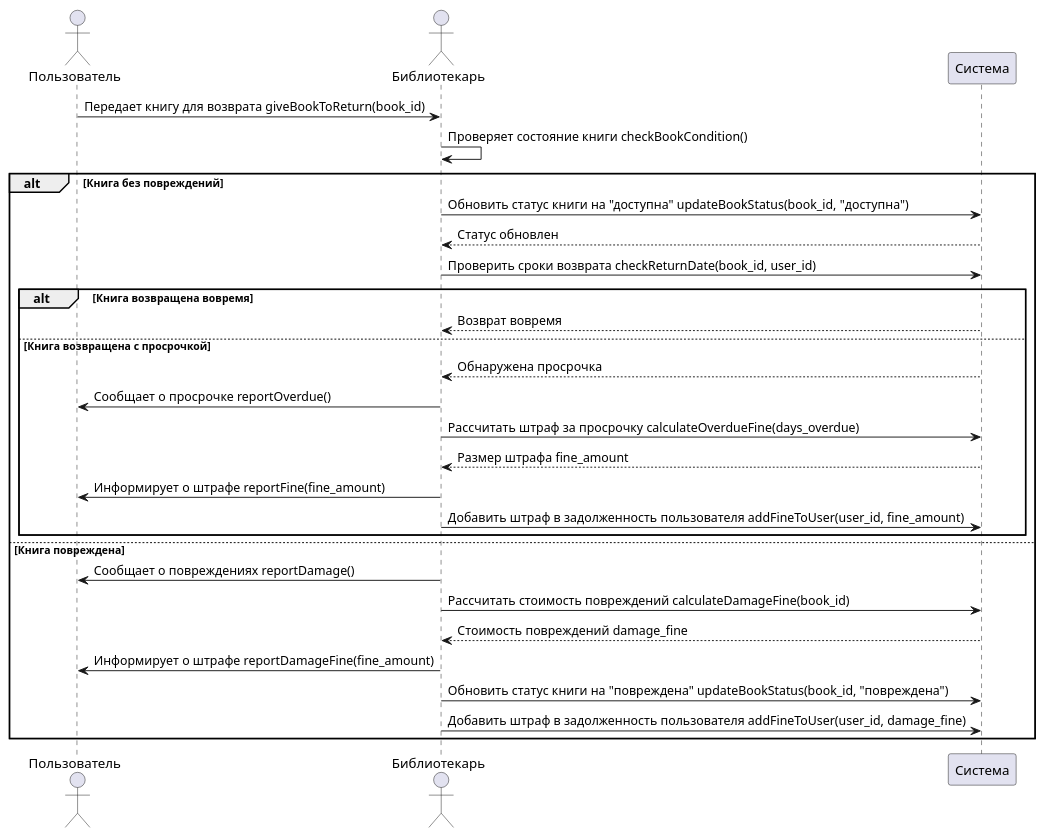
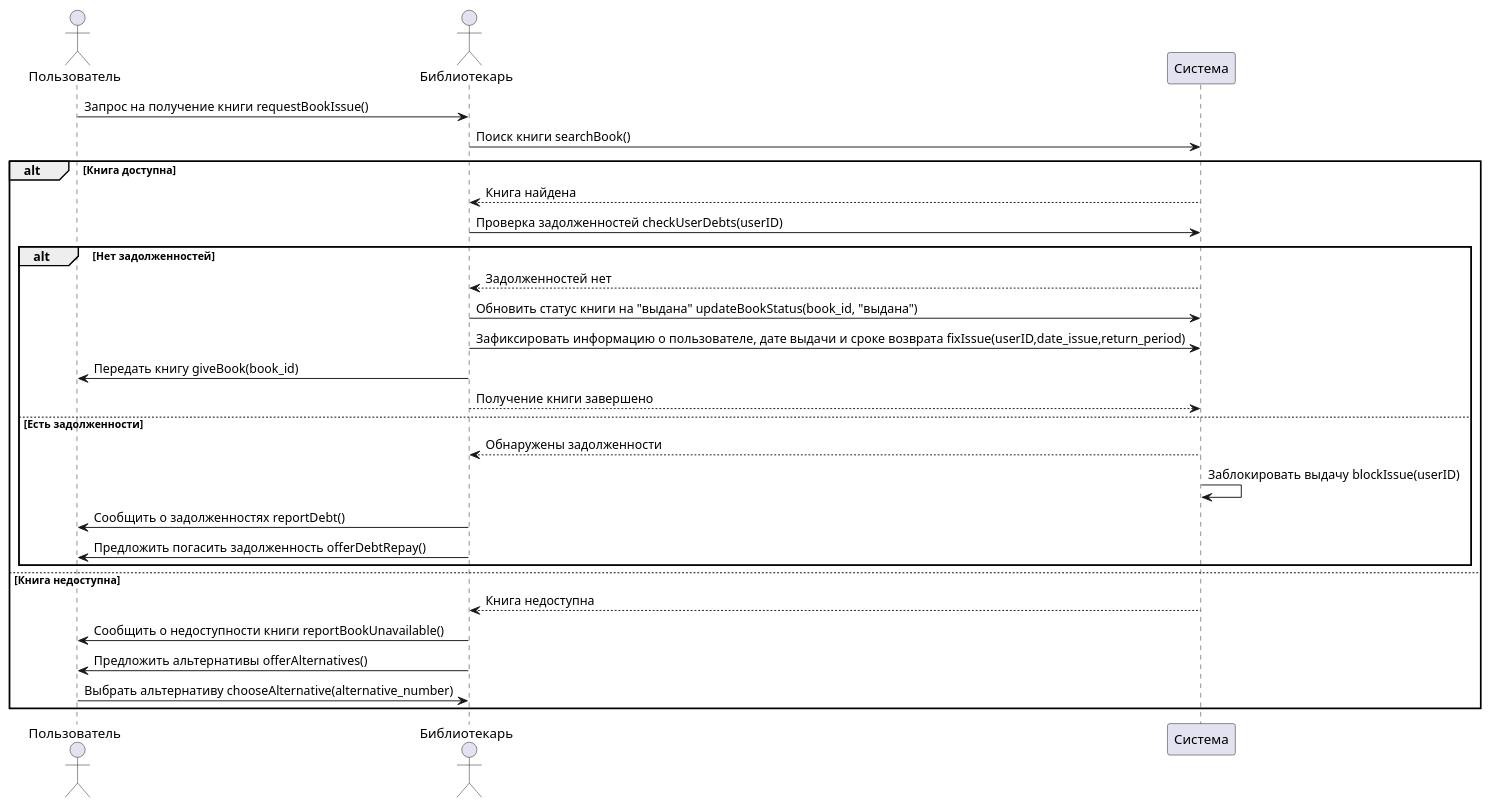
One commit to penamarth/bsbo-03-22_team1_var2 changed the diagram in Theory/Прецеденты/Выдача книги/выдача_книги_диаграмма.md. Above: the diagram before and after it, drawn with PlantUML.

```diff
--- a/Theory/Прецеденты/Выдача книги/выдача_книги_диаграмма.md
+++ b/Theory/Прецеденты/Выдача книги/выдача_книги_диаграмма.md
@@ -1,33 +1,32 @@
 @startuml
 
 actor Пользователь
 actor Библиотекарь
 participant Система
 
-Пользователь -> Библиотекарь : Передает книгу для возврата giveBookToReturn(book_id)
-Библиотекарь -> Библиотекарь : Проверяет состояние книги checkBookСondition()
-alt Книга без повреждений
-    Библиотекарь -> Система : Обновить статус книги на "доступна" updateBookStatus(book_id, "доступна")
-    Система --> Библиотекарь : Статус обновлен
-    Библиотекарь -> Система : Проверить сроки возврата checkReturnDate(book_id, user_id)
-    alt Книга возвращена вовремя
-        Система --> Библиотекарь : Возврат вовремя
-    else Книга возвращена с просрочкой
-        Система --> Библиотекарь : Обнаружена просрочка
-        Библиотекарь -> Пользователь : Сообщает о просрочке reportOverdue()
-        Библиотекарь -> Система : Рассчитать штраф за просрочку calculateOverdueFine(days_overdue)
-        Система --> Библиотекарь : Размер штрафа fine_amount
-        Библиотекарь -> Пользователь : Информирует о штрафе reportFine(fine_amount)
-        Библиотекарь -> Система : Добавить штраф в задолженность пользователя addFineToUser(user_id, fine_amount)
+Пользователь -> Библиотекарь : Запрос на получение книги requestBookIssue()
+Библиотекарь -> Система : Поиск книги searchBook()
+
+alt Книга доступна
+    Система --> Библиотекарь : Книга найдена
+    Библиотекарь -> Система : Проверка задолженностей checkUserDebts(userID)
+    alt Нет задолженностей
+        Система --> Библиотекарь : Задолженностей нет
+        Библиотекарь -> Система : Обновить статус книги на "выдана" updateBookStatus(book_id, "выдана")
+        Библиотекарь -> Система : Зафиксировать информацию о пользователе, дате выдачи и сроке возврата fixIssue(userID,date_issue,return_period)
+        Библиотекарь -> Пользователь : Передать книгу giveBook(book_id)
+        Библиотекарь --> Система : Получение книги завершено
+    else Есть задолженности
+        Система --> Библиотекарь : Обнаружены задолженности
+	Система -> Система : Заблокировать выдачу blockIssue(userID)
+        Библиотекарь -> Пользователь : Сообщить о задолженностях reportDebt()
+        Библиотекарь -> Пользователь : Предложить погасить задолженность offerDebtRepay()
     end
-else Книга повреждена
-    Библиотекарь -> Пользователь : Сообщает о повреждениях reportDamage()
-    Библиотекарь -> Система : Рассчитать стоимость повреждений calculateDamageFine(book_id)
-    Система --> Библиотекарь : Стоимость повреждений damage_fine
-    Библиотекарь -> Пользователь : Информирует о штрафе reportDamageFine(fine_amount)
-    Библиотекарь -> Система : Обновить статус книги на "повреждена" updateBookStatus(book_id, "повреждена")
-    Библиотекарь -> Система : Добавить штраф в задолженность пользователя addFineToUser(user_id, damage_fine)
+else Книга недоступна
+    Система --> Библиотекарь : Книга недоступна
+    Библиотекарь -> Пользователь : Сообщить о недоступности книги reportBookUnavailable()
+    Библиотекарь -> Пользователь : Предложить альтернативы offerAlternatives()
+    Пользователь -> Библиотекарь : Выбрать альтернативу chooseAlternative(alternative_number)
 end
 
-
 @enduml
```
